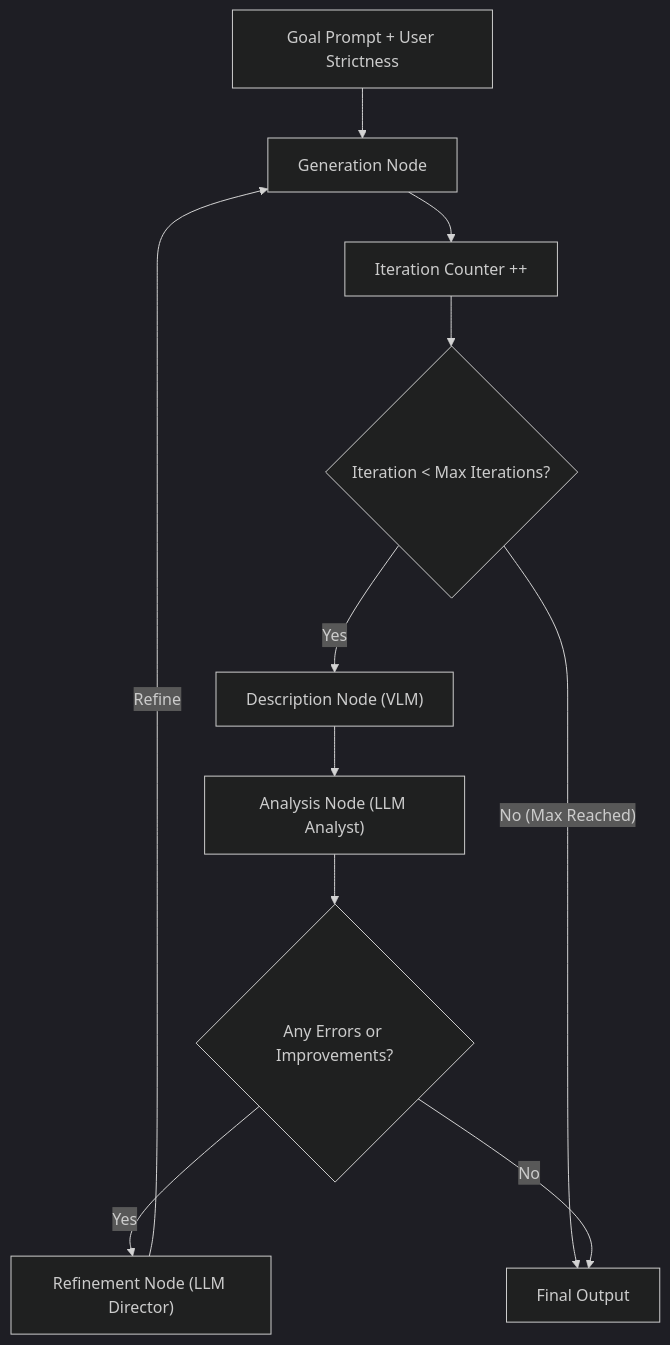
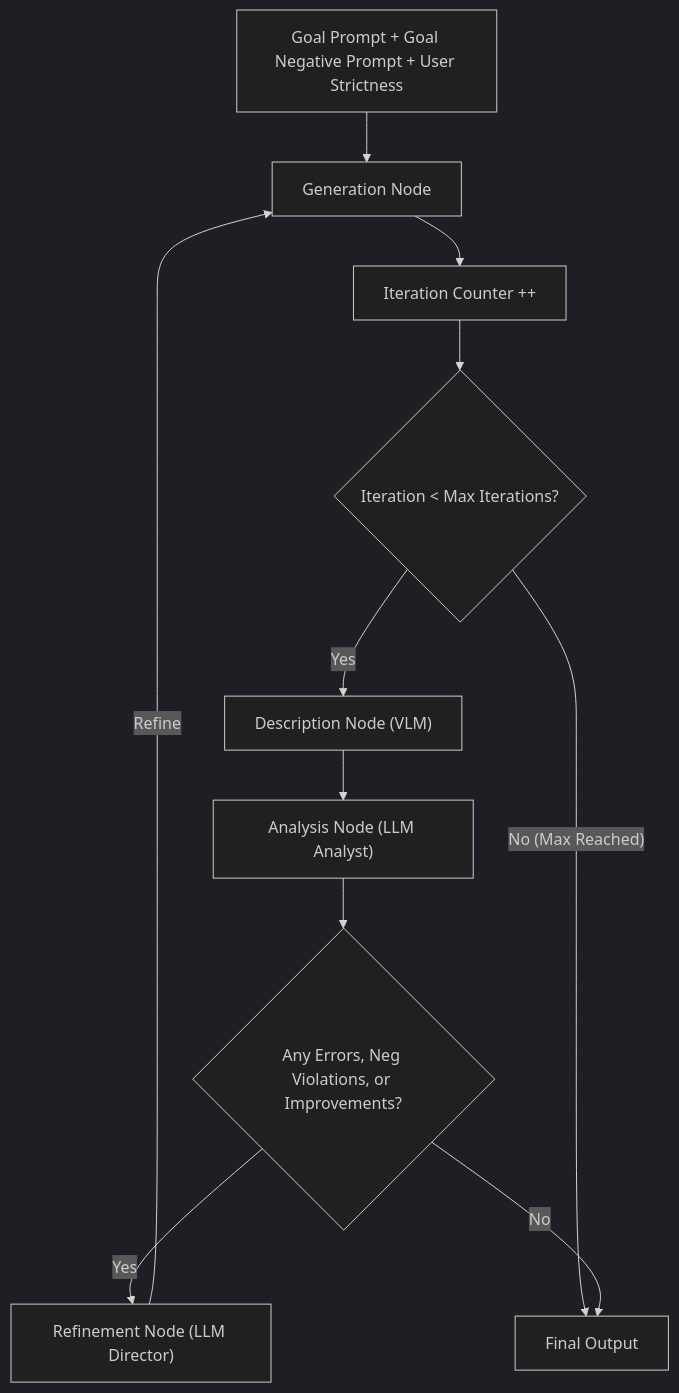
Before and after one commit to WaynePincence/GIRL: the first of 2 diagrams in README.md, drawn with Mermaid (dark theme). The commit also changed other lines of this file, not shown here.

````diff
--- a/README.md
+++ b/README.md
@@ -43,13 +45,13 @@
 ```mermaid
 flowchart TD
-    A["Goal Prompt + User Strictness"] --> B["Generation Node"]
+    A["Goal Prompt + Goal Negative Prompt + User Strictness"] --> B["Generation Node"]
     B --> H[Iteration Counter ++]
     H --> I{Iteration < Max Iterations?}
     I -- "Yes" --> C["Description Node (VLM)"]
     I -- "No (Max Reached)" --> G["Final Output"]
     C --> D["Analysis Node (LLM Analyst)"]
-    D --> E{Any Errors or Improvements?}
+    D --> E{Any Errors, Neg Violations, or Improvements?}
     E -- "Yes" --> F["Refinement Node (LLM Director)"]
     F -- "Refine" --> B
     E -- "No" --> G
 ```
````
